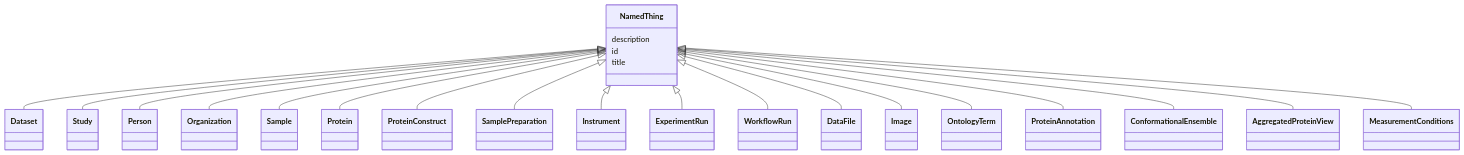
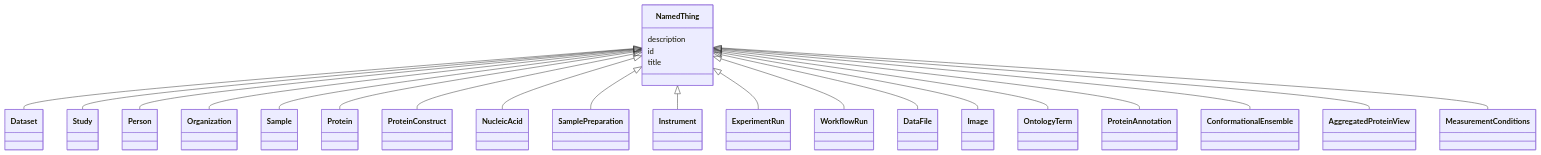
The diagram in docs/elements/NamedThing.md (lambda-ber/lambda-ber-schema), drawn with Mermaid before and after one commit. The commit also changed other lines of this file and 160 other files, not shown here.

Commit message:
Regenerate artifacts for the NucleicAcid entity

````diff
--- a/docs/elements/NamedThing.md
+++ b/docs/elements/NamedThing.md
@@ -20,49 +20,51 @@
 ```mermaid
  classDiagram
     class NamedThing
     click NamedThing href "../NamedThing/"
       NamedThing <|-- Dataset
         click Dataset href "../Dataset/"
       NamedThing <|-- Study
         click Study href "../Study/"
       NamedThing <|-- Person
         click Person href "../Person/"
       NamedThing <|-- Organization
         click Organization href "../Organization/"
       NamedThing <|-- Sample
         click Sample href "../Sample/"
       NamedThing <|-- Protein
         click Protein href "../Protein/"
       NamedThing <|-- ProteinConstruct
         click ProteinConstruct href "../ProteinConstruct/"
+      NamedThing <|-- NucleicAcid
+        click NucleicAcid href "../NucleicAcid/"
       NamedThing <|-- SamplePreparation
         click SamplePreparation href "../SamplePreparation/"
       NamedThing <|-- Instrument
         click Instrument href "../Instrument/"
       NamedThing <|-- ExperimentRun
         click ExperimentRun href "../ExperimentRun/"
       NamedThing <|-- WorkflowRun
         click WorkflowRun href "../WorkflowRun/"
       NamedThing <|-- DataFile
         click DataFile href "../DataFile/"
       NamedThing <|-- Image
         click Image href "../Image/"
       NamedThing <|-- OntologyTerm
         click OntologyTerm href "../OntologyTerm/"
       NamedThing <|-- ProteinAnnotation
         click ProteinAnnotation href "../ProteinAnnotation/"
       NamedThing <|-- ConformationalEnsemble
         click ConformationalEnsemble href "../ConformationalEnsemble/"
       NamedThing <|-- AggregatedProteinView
         click AggregatedProteinView href "../AggregatedProteinView/"
       NamedThing <|-- MeasurementConditions
         click MeasurementConditions href "../MeasurementConditions/"
       
       NamedThing : description
         
       NamedThing : id
         
       NamedThing : title
         
       
 ```
````
